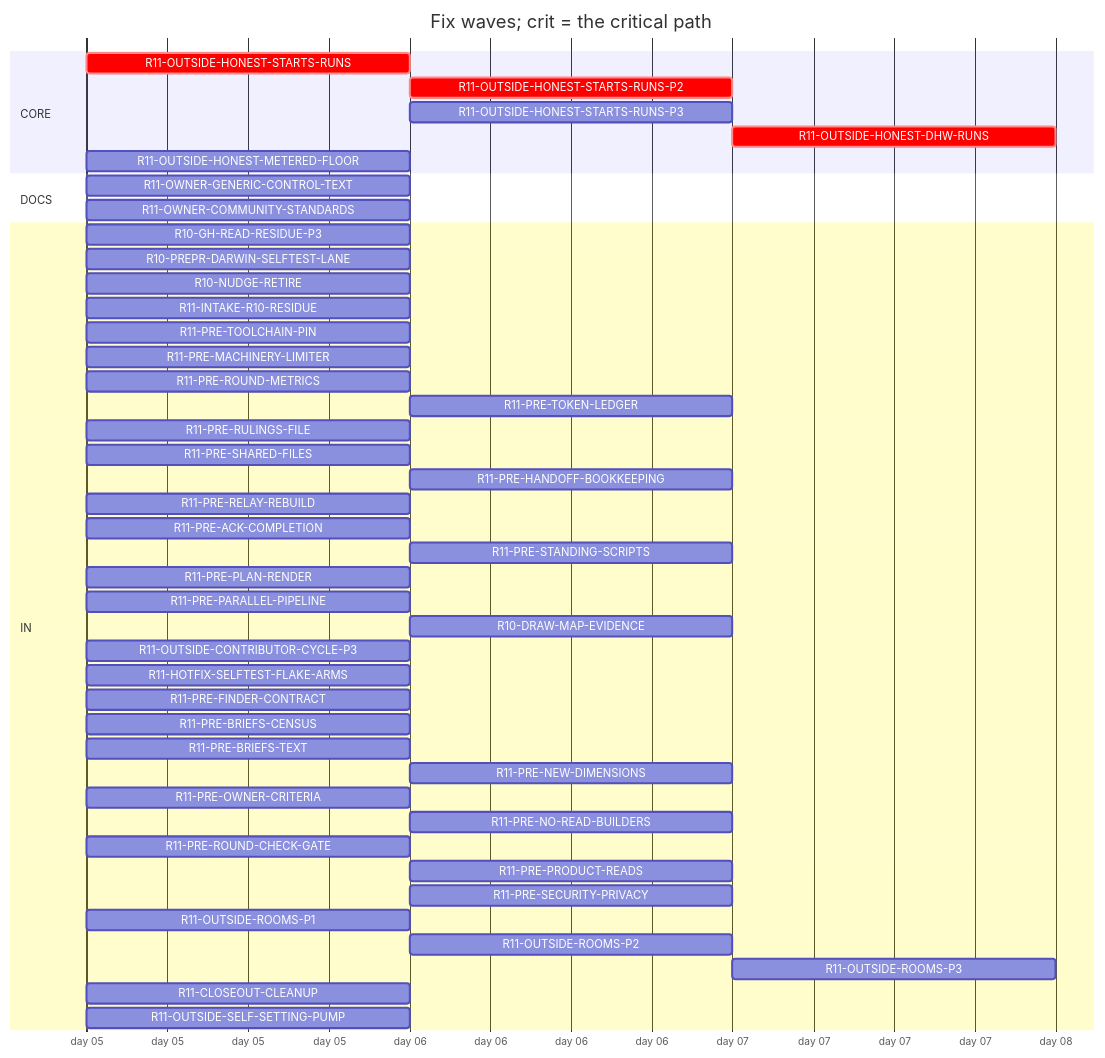
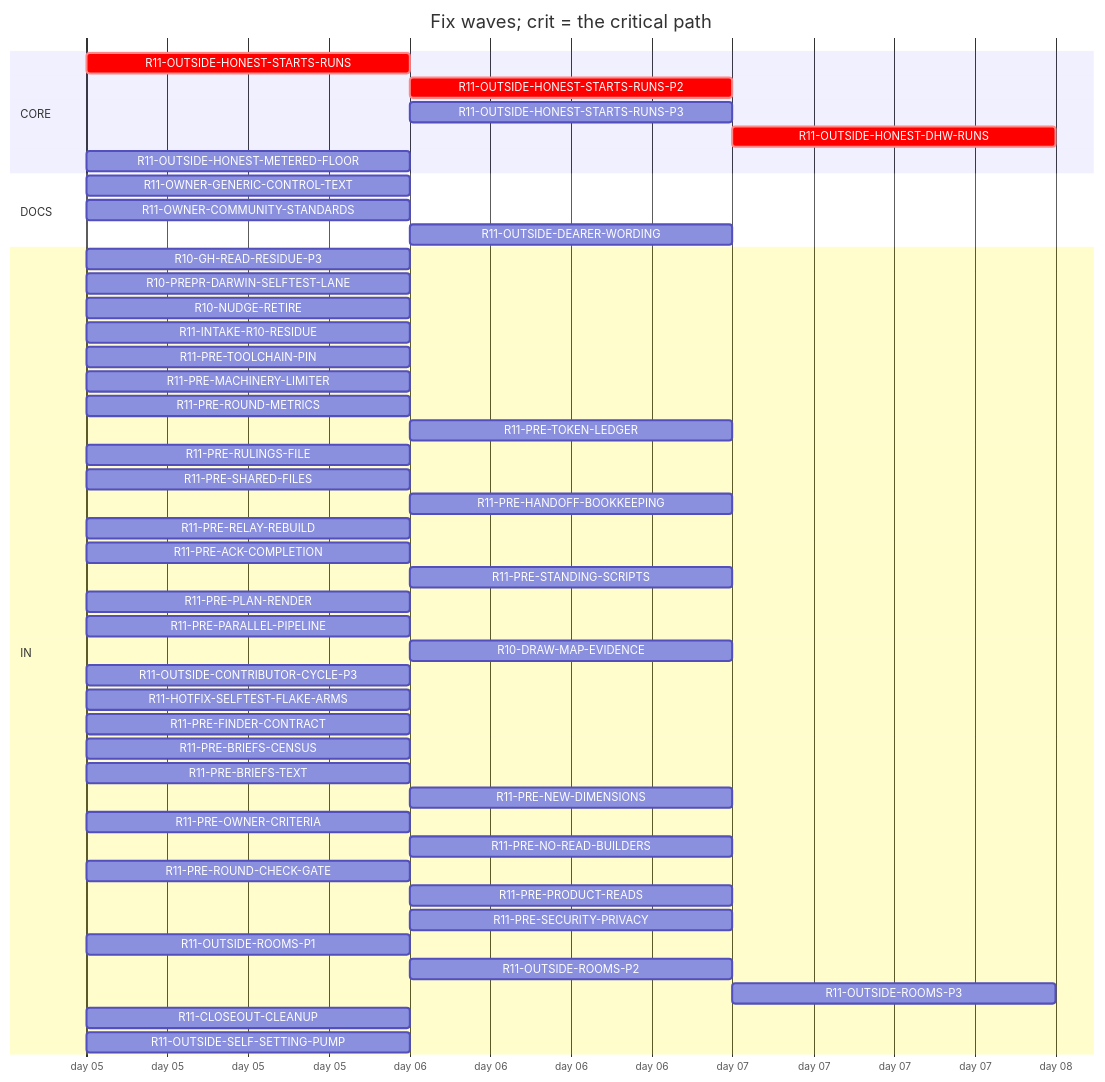
Before and after one commit to tvofi/heatpump_optimizer: the diagram in handoff/round11/state/PLAN-TABLE.md, drawn with Mermaid. The commit also changed other lines of this file and 4 other files, not shown here.

Commit message:
state: FLOW-BOARD.md, NEXT-SESSION-PROMPT.md, PLAN-TABLE.md, PLAN.html, RESUME-CURRENT.md regenerated (state_docs.py)

````diff
--- a/handoff/round11/state/PLAN-TABLE.md
+++ b/handoff/round11/state/PLAN-TABLE.md
@@ -16,49 +16,50 @@
 ```mermaid
 gantt
   title Fix waves; crit = the critical path
   dateFormat YYYY-MM-DD
   axisFormat day %d
   section CORE
     R11-OUTSIDE-HONEST-STARTS-RUNS :crit, r11OUTSIDEHONESTSTARTSRUNS, 2026-01-05, 1d
     R11-OUTSIDE-HONEST-STARTS-RUNS-P2 :crit, r11OUTSIDEHONESTSTARTSRUNSP2, after r11OUTSIDEHONESTSTARTSRUNS, 1d
     R11-OUTSIDE-HONEST-STARTS-RUNS-P3 :r11OUTSIDEHONESTSTARTSRUNSP3, after r11OUTSIDEHONESTSTARTSRUNS, 1d
     R11-OUTSIDE-HONEST-DHW-RUNS :crit, r11OUTSIDEHONESTDHWRUNS, after r11OUTSIDEHONESTSTARTSRUNS r11OUTSIDEHONESTSTARTSRUNSP2, 1d
     R11-OUTSIDE-HONEST-METERED-FLOOR :r11OUTSIDEHONESTMETEREDFLOOR, 2026-01-05, 1d
   section DOCS
     R11-OWNER-GENERIC-CONTROL-TEXT :r11OWNERGENERICCONTROLTEXT, 2026-01-05, 1d
     R11-OWNER-COMMUNITY-STANDARDS :r11OWNERCOMMUNITYSTANDARDS, 2026-01-05, 1d
+    R11-OUTSIDE-DEARER-WORDING :r11OUTSIDEDEARERWORDING, after r11OWNERGENERICCONTROLTEXT, 1d
   section IN
     R10-GH-READ-RESIDUE-P3 :r10GHREADRESIDUEP3, 2026-01-05, 1d
     R10-PREPR-DARWIN-SELFTEST-LANE :r10PREPRDARWINSELFTESTLANE, 2026-01-05, 1d
     R10-NUDGE-RETIRE :r10NUDGERETIRE, 2026-01-05, 1d
     R11-INTAKE-R10-RESIDUE :r11INTAKER10RESIDUE, 2026-01-05, 1d
     R11-PRE-TOOLCHAIN-PIN :r11PRETOOLCHAINPIN, 2026-01-05, 1d
     R11-PRE-MACHINERY-LIMITER :r11PREMACHINERYLIMITER, 2026-01-05, 1d
     R11-PRE-ROUND-METRICS :r11PREROUNDMETRICS, 2026-01-05, 1d
     R11-PRE-TOKEN-LEDGER :r11PRETOKENLEDGER, after r10GHREADRESIDUEP3, 1d
     R11-PRE-RULINGS-FILE :r11PRERULINGSFILE, 2026-01-05, 1d
     R11-PRE-SHARED-FILES :r11PRESHAREDFILES, 2026-01-05, 1d
     R11-PRE-HANDOFF-BOOKKEEPING :r11PREHANDOFFBOOKKEEPING, after r11PRERELAYREBUILD, 1d
     R11-PRE-RELAY-REBUILD :r11PRERELAYREBUILD, 2026-01-05, 1d
     R11-PRE-ACK-COMPLETION :r11PREACKCOMPLETION, 2026-01-05, 1d
     R11-PRE-STANDING-SCRIPTS :r11PRESTANDINGSCRIPTS, after r11PREPARALLELPIPELINE, 1d
     R11-PRE-PLAN-RENDER :r11PREPLANRENDER, 2026-01-05, 1d
     R11-PRE-PARALLEL-PIPELINE :r11PREPARALLELPIPELINE, 2026-01-05, 1d
     R10-DRAW-MAP-EVIDENCE :r10DRAWMAPEVIDENCE, after r11OUTSIDESELFSETTINGPUMP, 1d
     R11-OUTSIDE-CONTRIBUTOR-CYCLE-P3 :r11OUTSIDECONTRIBUTORCYCLEP3, 2026-01-05, 1d
     R11-HOTFIX-SELFTEST-FLAKE-ARMS :r11HOTFIXSELFTESTFLAKEARMS, 2026-01-05, 1d
     R11-PRE-FINDER-CONTRACT :r11PREFINDERCONTRACT, 2026-01-05, 1d
     R11-PRE-BRIEFS-CENSUS :r11PREBRIEFSCENSUS, 2026-01-05, 1d
     R11-PRE-BRIEFS-TEXT :r11PREBRIEFSTEXT, 2026-01-05, 1d
     R11-PRE-NEW-DIMENSIONS :r11PRENEWDIMENSIONS, after r11PREFINDERCONTRACT r11PREBRIEFSCENSUS, 1d
     R11-PRE-OWNER-CRITERIA :r11PREOWNERCRITERIA, 2026-01-05, 1d
     R11-PRE-NO-READ-BUILDERS :r11PRENOREADBUILDERS, after r11PREMACHINERYLIMITER, 1d
     R11-PRE-ROUND-CHECK-GATE :r11PREROUNDCHECKGATE, 2026-01-05, 1d
     R11-PRE-PRODUCT-READS :r11PREPRODUCTREADS, after r11PREBRIEFSCENSUS, 1d
     R11-PRE-SECURITY-PRIVACY :r11PRESECURITYPRIVACY, after r11PREFINDERCONTRACT r11PREBRIEFSCENSUS, 1d
     R11-OUTSIDE-ROOMS-P1 :r11OUTSIDEROOMSP1, 2026-01-05, 1d
     R11-OUTSIDE-ROOMS-P2 :r11OUTSIDEROOMSP2, after r11OUTSIDEROOMSP1, 1d
     R11-OUTSIDE-ROOMS-P3 :r11OUTSIDEROOMSP3, after r11OUTSIDEROOMSP2, 1d
     R11-CLOSEOUT-CLEANUP :r11CLOSEOUTCLEANUP, 2026-01-05, 1d
     R11-OUTSIDE-SELF-SETTING-PUMP :r11OUTSIDESELFSETTINGPUMP, 2026-01-05, 1d
 ```
````
